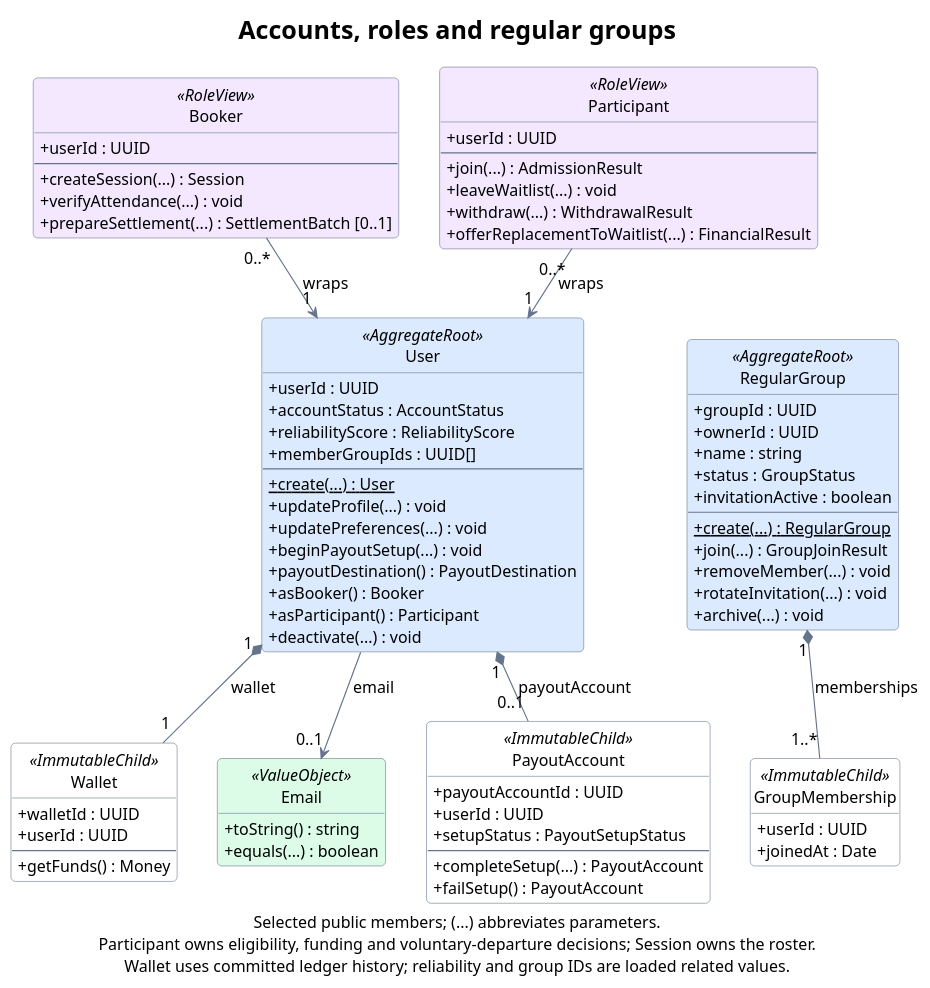
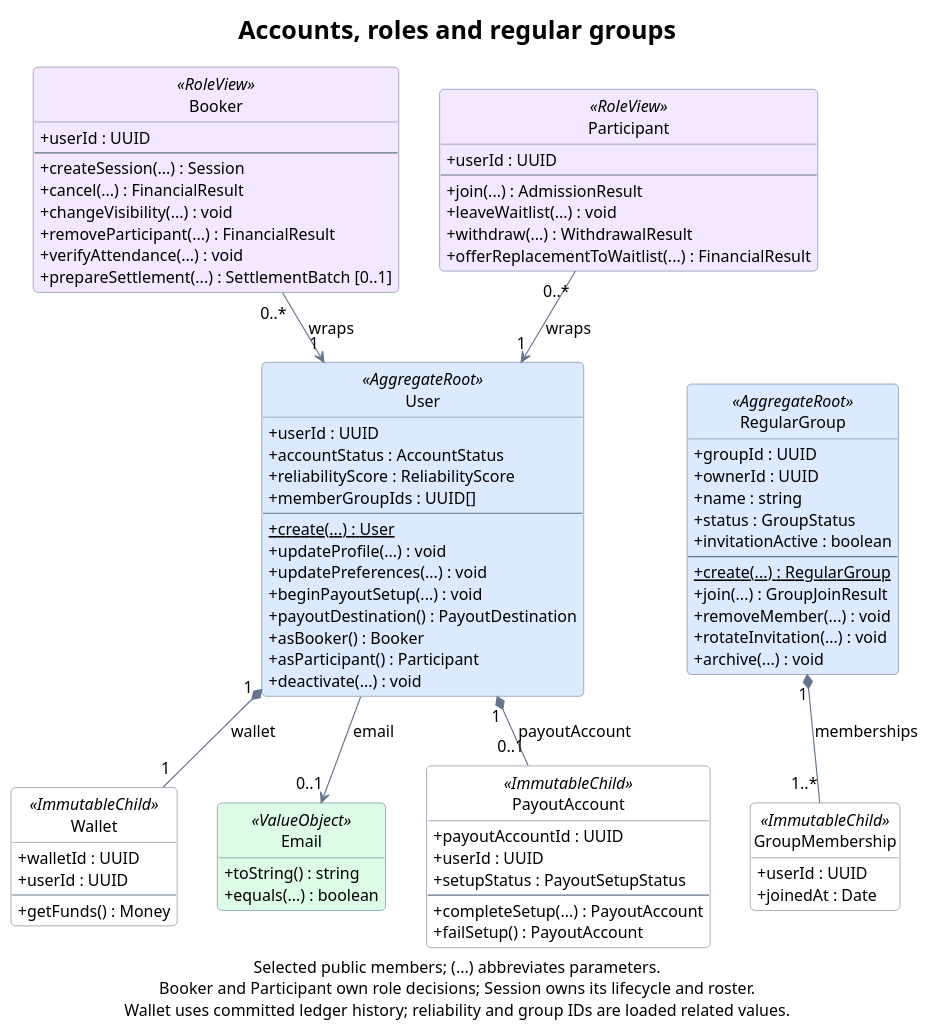
Before and after one commit to rbrishi15/booking-web-manager: the diagram in docs/diagrams/domain-accounts.puml, drawn with PlantUML. The commit also changed 33 other files, not shown here.

Commit message:
refactor(domain): move UC2-02 and session administration into Booker

```diff
--- a/docs/diagrams/domain-accounts.puml
+++ b/docs/diagrams/domain-accounts.puml
@@ -1,109 +1,112 @@
 @startuml domain-accounts
 title Accounts, roles and regular groups
 
 top to bottom direction
 hide empty members
 hide circle
 skinparam backgroundColor #FFFFFF
 skinparam shadowing false
 skinparam roundcorner 8
 skinparam defaultFontName SansSerif
 skinparam defaultFontSize 14
 skinparam titleFontSize 22
 skinparam ArrowColor #64748B
 skinparam classBorderColor #64748B
 skinparam classBackgroundColor #FFFFFF
 skinparam classBackgroundColor<<AggregateRoot>> #DBEAFE
 skinparam classBackgroundColor<<ValueObject>> #DCFCE7
 skinparam classBackgroundColor<<RoleView>> #F3E8FF
 skinparam classAttributeIconSize 0
 skinparam linetype polyline
 skinparam nodesep 35
 skinparam ranksep 40
 
 class Booker <<RoleView>> {
   +userId : UUID
   --
   +createSession(...) : Session
+  +cancel(...) : FinancialResult
+  +changeVisibility(...) : void
+  +removeParticipant(...) : FinancialResult
   +verifyAttendance(...) : void
   +prepareSettlement(...) : SettlementBatch [0..1]
 }
 
 class Participant <<RoleView>> {
   +userId : UUID
   --
   +join(...) : AdmissionResult
   +leaveWaitlist(...) : void
   +withdraw(...) : WithdrawalResult
   +offerReplacementToWaitlist(...) : FinancialResult
 }
 
 class User <<AggregateRoot>> {
   +userId : UUID
   +accountStatus : AccountStatus
   +reliabilityScore : ReliabilityScore
   +memberGroupIds : UUID[]
   --
   {static} +create(...) : User
   +updateProfile(...) : void
   +updatePreferences(...) : void
   +beginPayoutSetup(...) : void
   +payoutDestination() : PayoutDestination
   +asBooker() : Booker
   +asParticipant() : Participant
   +deactivate(...) : void
 }
 
 class Wallet <<ImmutableChild>> {
   +walletId : UUID
   +userId : UUID
   --
   +getFunds() : Money
 }
 
 class Email <<ValueObject>> {
   +toString() : string
   +equals(...) : boolean
 }
 
 class PayoutAccount <<ImmutableChild>> {
   +payoutAccountId : UUID
   +userId : UUID
   +setupStatus : PayoutSetupStatus
   --
   +completeSetup(...) : PayoutAccount
   +failSetup() : PayoutAccount
 }
 
 class RegularGroup <<AggregateRoot>> {
   +groupId : UUID
   +ownerId : UUID
   +name : string
   +status : GroupStatus
   +invitationActive : boolean
   --
   {static} +create(...) : RegularGroup
   +join(...) : GroupJoinResult
   +removeMember(...) : void
   +rotateInvitation(...) : void
   +archive(...) : void
 }
 
 class GroupMembership <<ImmutableChild>> {
   +userId : UUID
   +joinedAt : Date
 }
 
 Booker "0..*" -down-> "1" User : wraps
 Participant "0..*" -down-> "1" User : wraps
 User "1" *-down- "1" Wallet : wallet
 User "1" *-down- "0..1" PayoutAccount : payoutAccount
 User -down-> "0..1" Email : email
 RegularGroup "1" *-down- "1..*" GroupMembership : memberships
 
 User -[hidden]right- RegularGroup
 Wallet -[hidden]right- Email
 Email -[hidden]right- PayoutAccount
 
-caption Selected public members; (...) abbreviates parameters.\nParticipant owns eligibility, funding and voluntary-departure decisions; Session owns the roster.\nWallet uses committed ledger history; reliability and group IDs are loaded related values.
+caption Selected public members; (...) abbreviates parameters.\nBooker and Participant own role decisions; Session owns its lifecycle and roster.\nWallet uses committed ledger history; reliability and group IDs are loaded related values.
 @enduml
```
